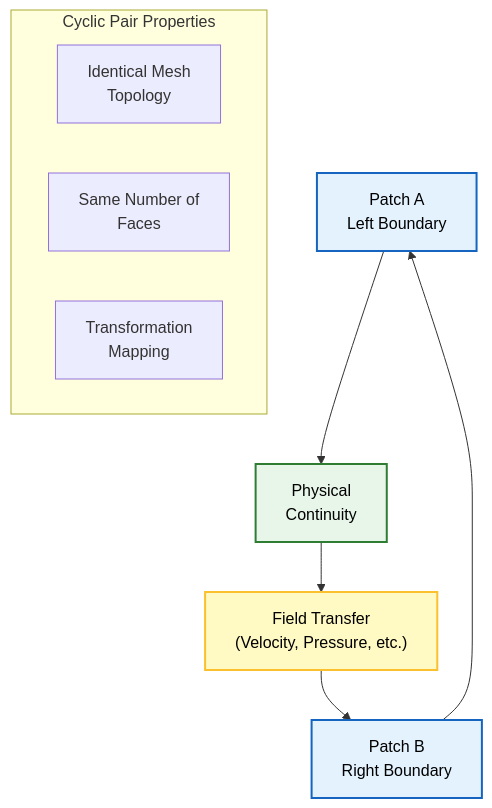
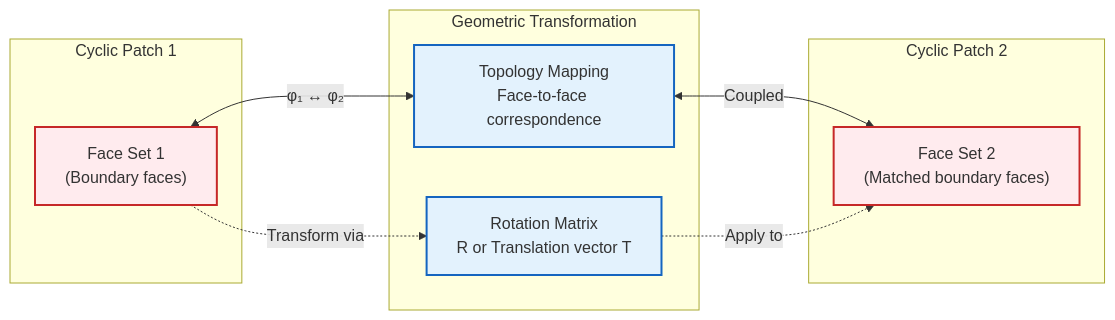
The fifth of 6 diagrams in MODULE_01_CFD_FUNDAMENTALS/CONTENT/03_BOUNDARY_CONDITIONS/03_Selection_Guide_Which_BC_to_Use.md (wramet/build-my-cfd), drawn with Mermaid before and after one commit. The commit also changed other lines of this file and 313 other files, not shown here.

Commit message:
Revise all diagram

````diff
--- a/MODULE_01_CFD_FUNDAMENTALS/CONTENT/03_BOUNDARY_CONDITIONS/03_Selection_Guide_Which_BC_to_Use.md
+++ b/MODULE_01_CFD_FUNDAMENTALS/CONTENT/03_BOUNDARY_CONDITIONS/03_Selection_Guide_Which_BC_to_Use.md
@@ -771,18 +789,25 @@
 ```mermaid
-graph TD
-    A["Patch A<br/>Left Boundary"] --> B["Physical<br/>Continuity"]
-    B --> C["Field Transfer<br/>(Velocity, Pressure, etc.)"]
-    C --> D["Patch B<br/>Right Boundary"]
-    D --> A
+graph LR
+%% Cyclic Boundary Condition Framework
+subgraph Patch1 ["Cyclic Patch 1"]
+Face1["Face Set 1<br/>(Boundary faces)"]:::explicit
+end
 
-    subgraph "Cyclic Pair Properties"
-        E["Identical Mesh<br/>Topology"]
-        F["Same Number of<br/>Faces"]
-        G["Transformation<br/>Mapping"]
-    end
+subgraph Patch2 ["Cyclic Patch 2"]
+Face2["Face Set 2<br/>(Matched boundary faces)"]:::explicit
+end
 
-    style A fill:#e3f2fd,stroke:#1565c0,stroke-width:2px,color:#000;
-    style B fill:#e8f5e9,stroke:#2e7d32,stroke-width:2px,color:#000;
-    style C fill:#fff9c4,stroke:#fbc02d,stroke-width:2px,color:#000;
-    style D fill:#e3f2fd,stroke:#1565c0,stroke-width:2px,color:#000;
+subgraph Transform ["Geometric Transformation"]
+Map["Topology Mapping<br/>Face-to-face correspondence"]:::implicit
+Rot["Rotation Matrix<br/>R or Translation vector T"]:::implicit
+end
+
+Face1 <-->|φ₁ ↔ φ₂| Map
+Map <-->|Coupled| Face2
+Face1 -.->|Transform via| Rot
+Rot -.->|Apply to| Face2
+
+%% Classes
+classDef implicit fill:#e3f2fd,stroke:#1565c0,stroke-width:2px;
+classDef explicit fill:#ffebee,stroke:#c62828,stroke-width:2px;
 ```
````
